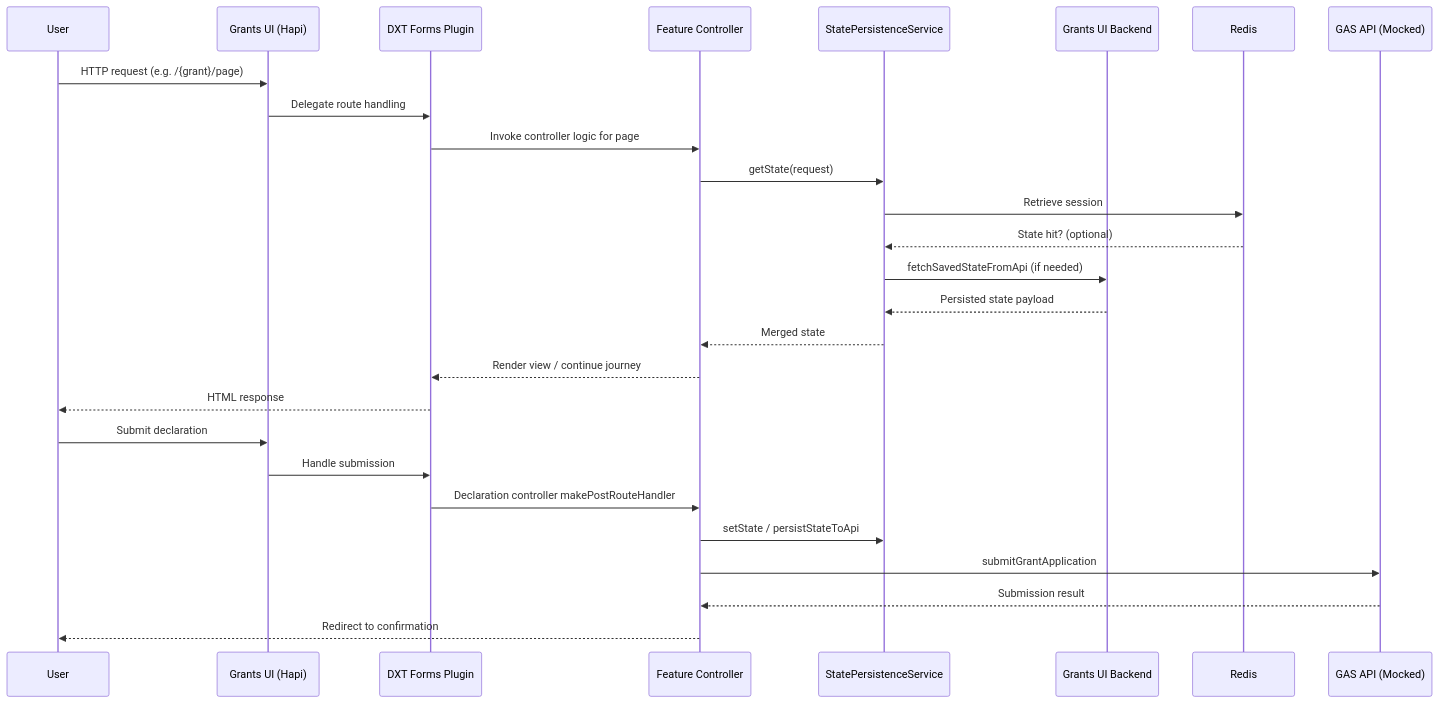
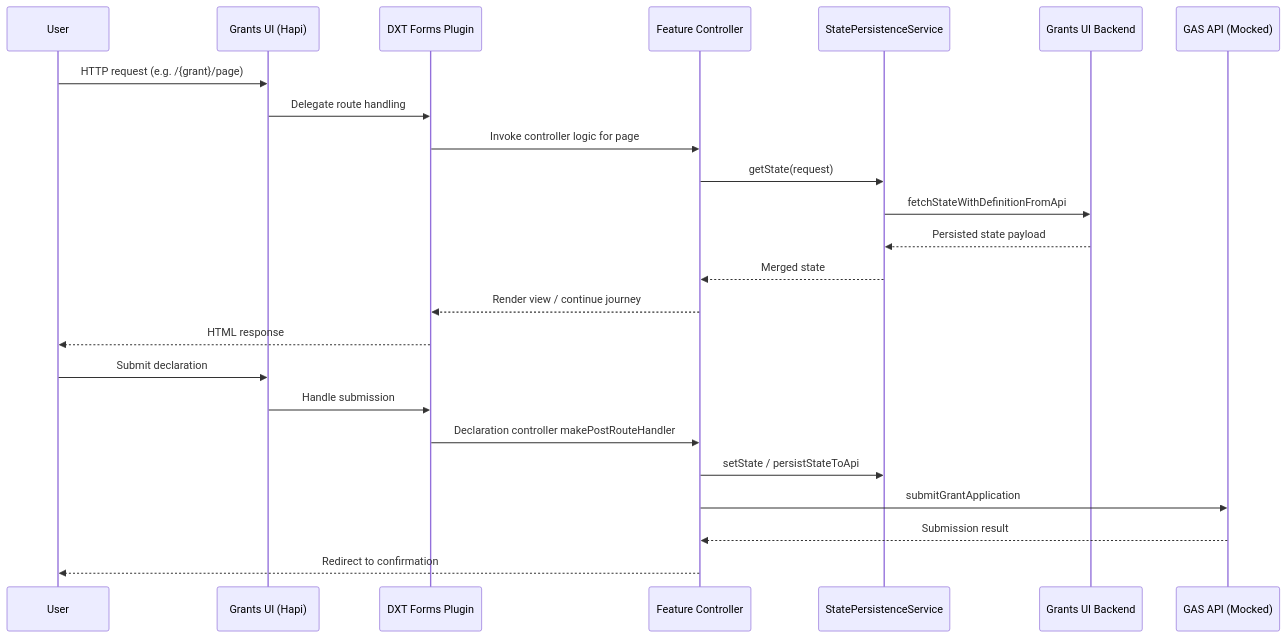
The first of 2 diagrams in docs/ARCHITECTURE.md (DEFRA/grants-ui), drawn with Mermaid before and after one commit. The commit also changed other lines of this file and 12 other files, not shown here.

````diff
--- a/docs/ARCHITECTURE.md
+++ b/docs/ARCHITECTURE.md
@@ -46,30 +46,27 @@
 ```mermaid
 sequenceDiagram
   participant User
   participant Hapi as Grants UI (Hapi)
   participant DXT as DXT Forms Plugin
   participant Ctrl as Feature Controller
   participant Cache as StatePersistenceService
   participant Backend as Grants UI Backend
-  participant Redis
   participant GAS as GAS API (Mocked)
 
   User->>Hapi: HTTP request (e.g. /{grant}/page)
   Hapi->>DXT: Delegate route handling
   DXT->>Ctrl: Invoke controller logic for page
   Ctrl->>Cache: getState(request)
-  Cache->>Redis: Retrieve session
-  Redis-->>Cache: State hit? (optional)
-  Cache->>Backend: fetchSavedStateFromApi (if needed)
+  Cache->>Backend: fetchStateWithDefinitionFromApi
   Backend-->>Cache: Persisted state payload
   Cache-->>Ctrl: Merged state
   Ctrl-->>DXT: Render view / continue journey
   DXT-->>User: HTML response
   User->>Hapi: Submit declaration
   Hapi->>DXT: Handle submission
   DXT->>Ctrl: Declaration controller makePostRouteHandler
   Ctrl->>Cache: setState / persistStateToApi
   Ctrl->>GAS: submitGrantApplication
   GAS-->>Ctrl: Submission result
   Ctrl-->>User: Redirect to confirmation
 ```
````
